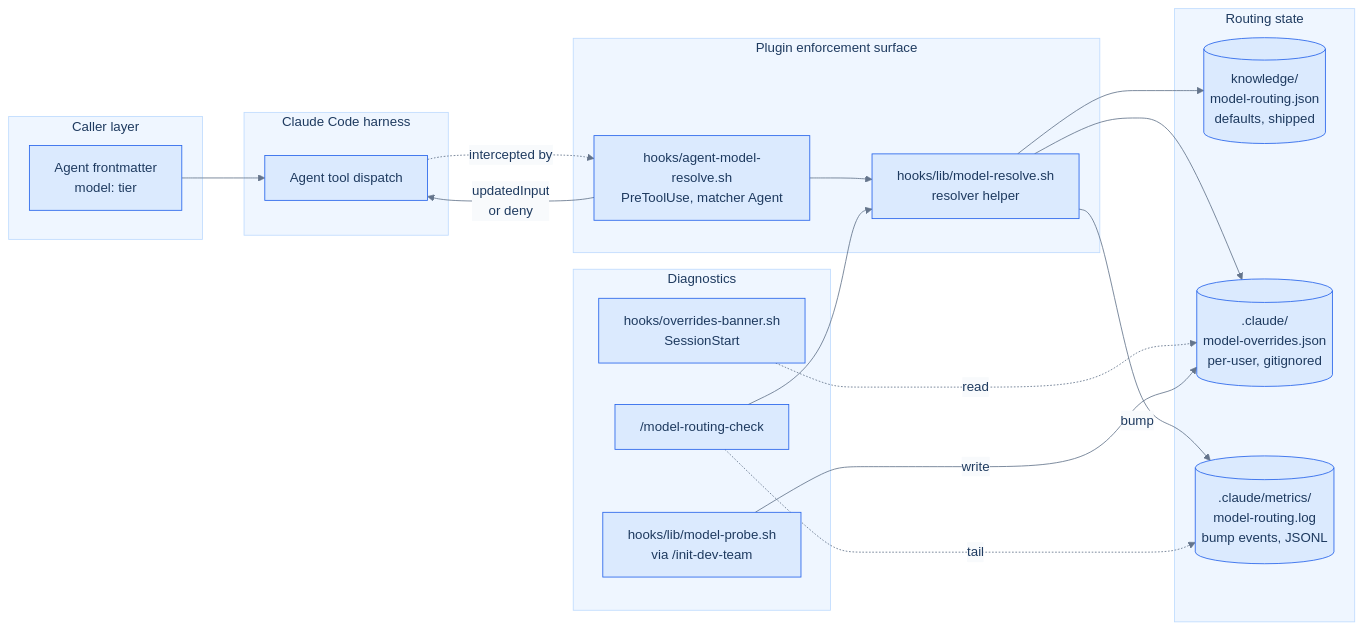
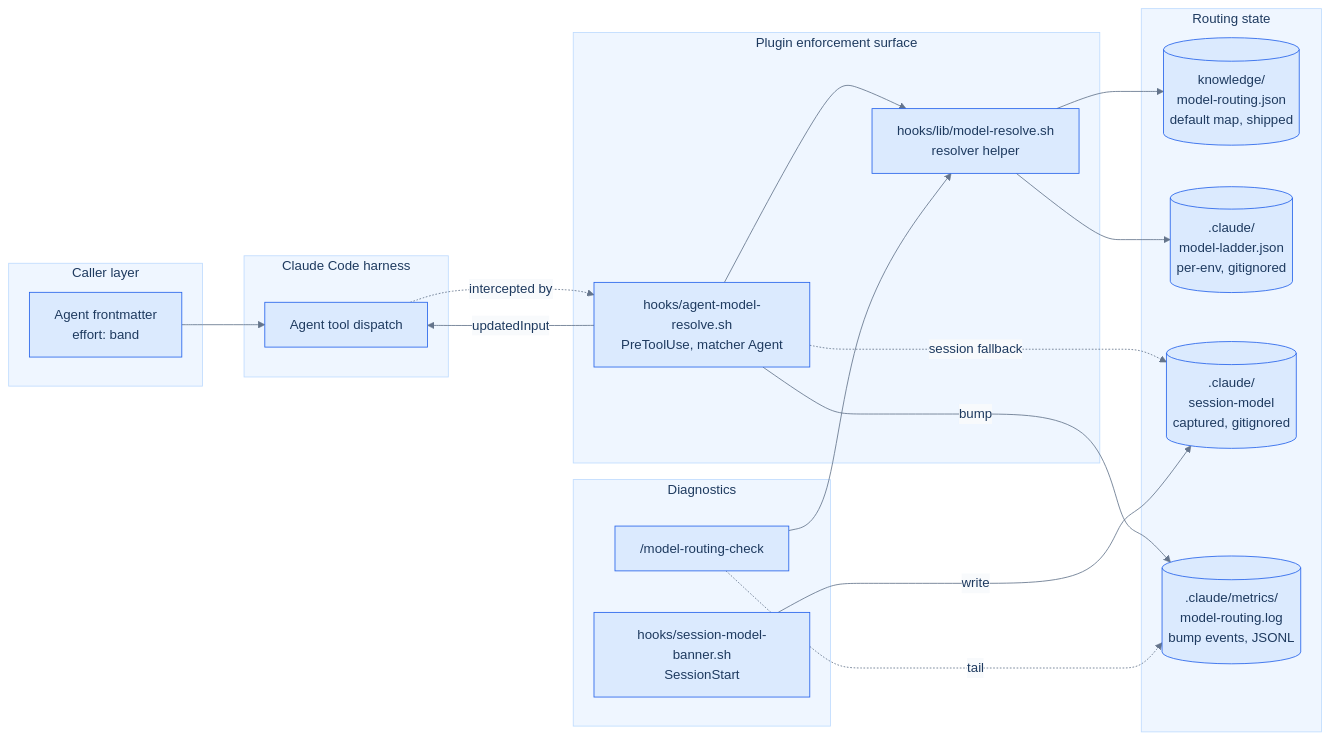
The first of 2 diagrams in plugins/dev-team/docs/model-routing.md (bdfinst/agentic-dev-team), drawn with Mermaid before and after one commit. The commit also changed other lines of this file and 90 other files, not shown here.

First line of the commit message:
feat(routing)!: effort-band model routing (replaces model: tiers) (#337)

````diff
--- a/plugins/dev-team/docs/model-routing.md
+++ b/plugins/dev-team/docs/model-routing.md
@@ -13,40 +17,40 @@
 ```mermaid
 %%{init: {'theme': 'base', 'themeVariables': {'primaryColor': '#dbeafe', 'primaryTextColor': '#1e3a5f', 'primaryBorderColor': '#3b82f6', 'lineColor': '#64748b', 'secondaryColor': '#f1f5f9', 'tertiaryColor': '#e0f2fe', 'background': '#ffffff', 'mainBkg': '#dbeafe', 'nodeBorder': '#2563eb', 'clusterBkg': '#eff6ff', 'clusterBorder': '#bfdbfe', 'titleColor': '#1e3a5f', 'edgeLabelBackground': '#f8fafc'}}}%%
 flowchart LR
     subgraph caller[Caller layer]
-        AF[Agent frontmatter<br/>model: tier]
+        AF[Agent frontmatter<br/>effort: band]
     end
 
     subgraph harness[Claude Code harness]
         AT[Agent tool dispatch]
     end
 
     subgraph plugin[Plugin enforcement surface]
         HK[hooks/agent-model-resolve.sh<br/>PreToolUse, matcher Agent]
         RS[hooks/lib/model-resolve.sh<br/>resolver helper]
     end
 
     subgraph state[Routing state]
-        RJ[(knowledge/<br/>model-routing.json<br/>defaults, shipped)]
-        OV[(.claude/<br/>model-overrides.json<br/>per-user, gitignored)]
+        RJ[(knowledge/<br/>model-routing.json<br/>default map, shipped)]
+        LD[(.claude/<br/>model-ladder.json<br/>per-env, gitignored)]
+        SM[(.claude/<br/>session-model<br/>captured, gitignored)]
         BL[(.claude/metrics/<br/>model-routing.log<br/>bump events, JSONL)]
     end
 
     subgraph diag[Diagnostics]
         MRC["/model-routing-check"]
-        SB["hooks/overrides-banner.sh<br/>SessionStart"]
-        PR["hooks/lib/model-probe.sh<br/>via /init-dev-team"]
+        SB["hooks/session-model-banner.sh<br/>SessionStart"]
     end
 
     AF --> AT
     AT -.intercepted by.-> HK
     HK --> RS
     RS --> RJ
-    RS --> OV
-    RS -- bump --> BL
-    HK -- updatedInput<br/>or deny --> AT
+    RS --> LD
+    HK -. session fallback .-> SM
+    HK -- bump --> BL
+    HK -- updatedInput --> AT
     MRC --> RS
     MRC -. tail .-> BL
-    SB -. read .-> OV
-    PR -- write --> OV
+    SB -- write --> SM
 ```
````
